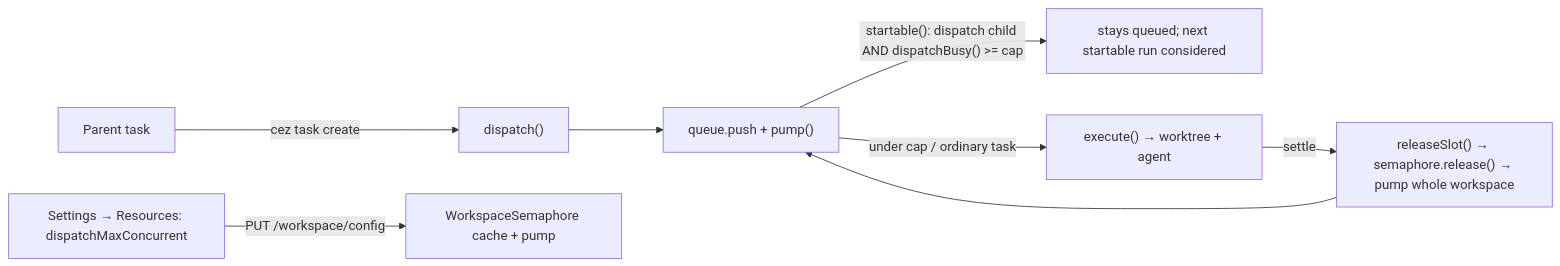
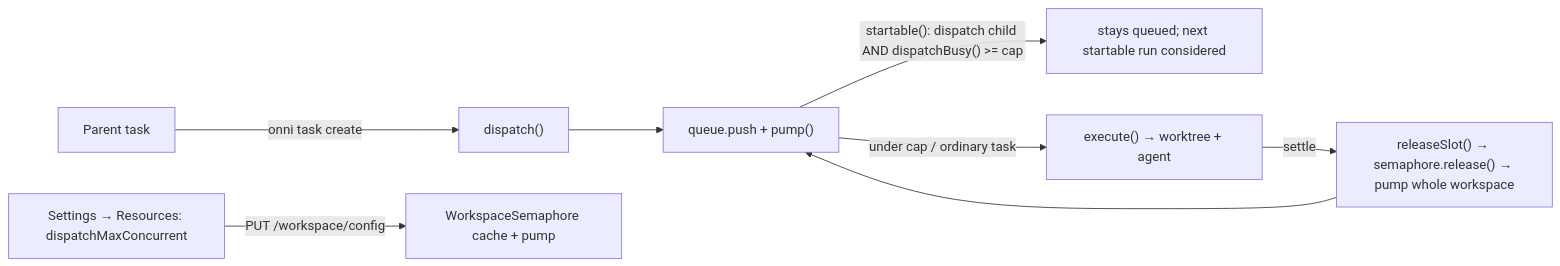
The diagram in .ai/specs/2026-09-20-dispatch-admission-scheduler.md (doantuan22/Onni_Work), drawn with Mermaid before and after one commit. The commit also changed other lines of this file and 207 other files, not shown here.

````diff
--- a/.ai/specs/2026-09-20-dispatch-admission-scheduler.md
+++ b/.ai/specs/2026-09-20-dispatch-admission-scheduler.md
@@ -103,10 +103,10 @@
 ```mermaid
 flowchart LR
-  parent[Parent task] -- cez task create --> dispatch["dispatch()"]
+  parent[Parent task] -- onni task create --> dispatch["dispatch()"]
   dispatch --> queue["queue.push + pump()"]
   settings["Settings → Resources: dispatchMaxConcurrent"] -- "PUT /workspace/config" --> cache["WorkspaceSemaphore cache + pump"]
   queue -- "startable(): dispatch child AND dispatchBusy() >= cap" --> wait["stays queued; next startable run considered"]
   queue -- "under cap / ordinary task" --> exec["execute() → worktree + agent"]
   exec -- settle --> release["releaseSlot() → semaphore.release() → pump whole workspace"]
   release --> queue
 ```
````
